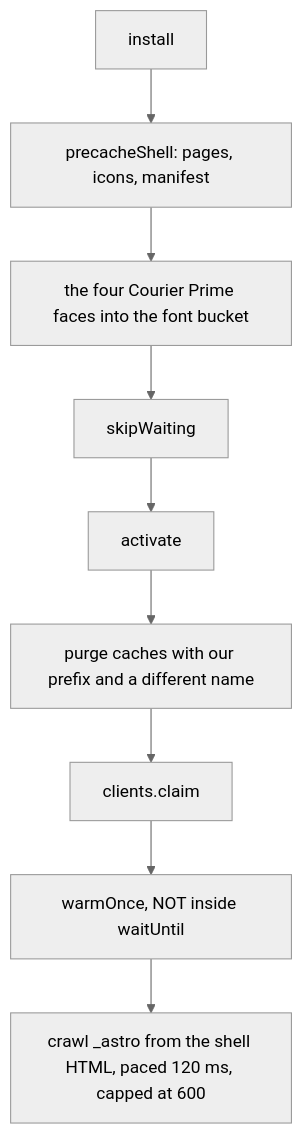
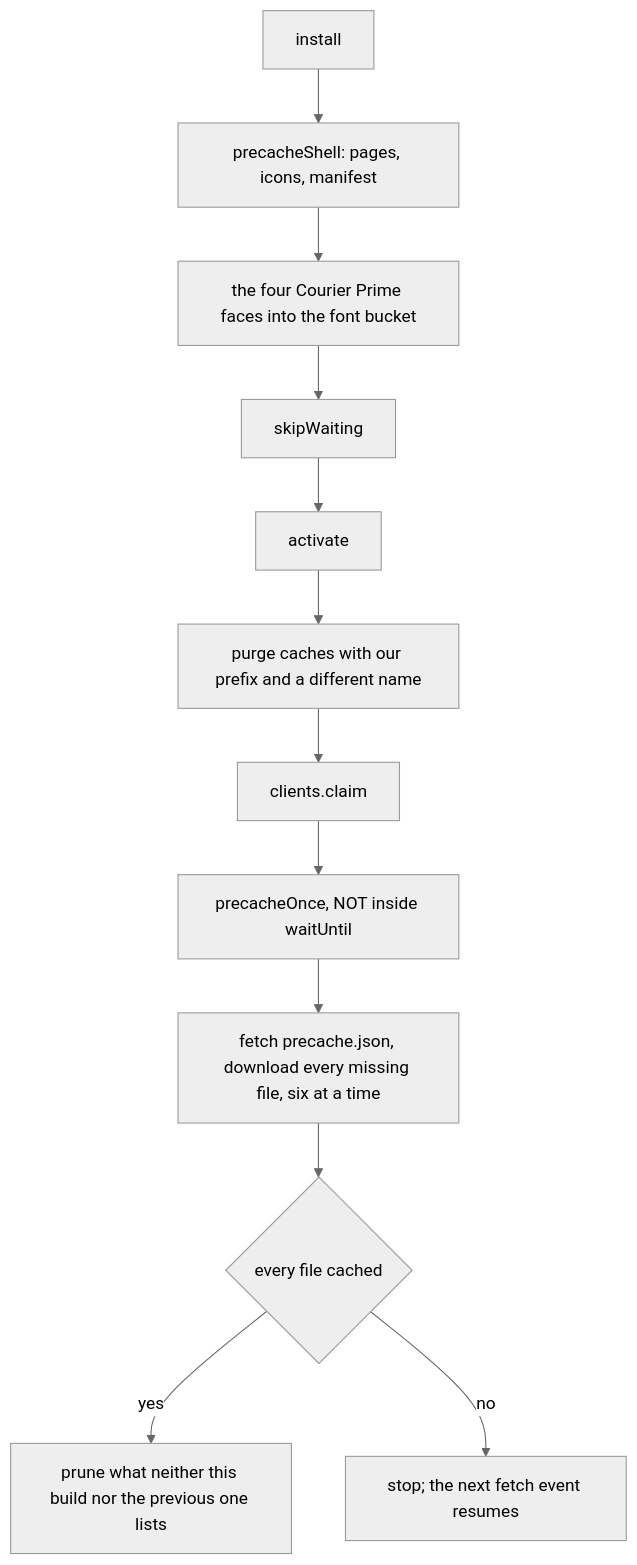
Before and after one commit to Kieran-s-Artisnal-Slop-Factory/notey: the first of 2 diagrams in docs/dev/service-worker-and-offline.md, drawn with Mermaid (neutral theme). The commit also changed other lines of this file and 43 other files, not shown here.

````diff
--- a/docs/dev/service-worker-and-offline.md
+++ b/docs/dev/service-worker-and-offline.md
@@ -37,11 +77,14 @@
 ```mermaid
 flowchart TD
   A[install] --> B[precacheShell: pages, icons, manifest]
   B --> C[the four Courier Prime faces into the font bucket]
   C --> D[skipWaiting]
   D --> E[activate]
   E --> F[purge caches with our prefix and a different name]
   F --> G[clients.claim]
-  G --> H[warmOnce, NOT inside waitUntil]
-  H --> I[crawl _astro from the shell HTML, paced 120 ms, capped at 600]
+  G --> H[precacheOnce, NOT inside waitUntil]
+  H --> I[fetch precache.json, download every missing file, six at a time]
+  I --> J{every file cached}
+  J -->|yes| K[prune what neither this build nor the previous one lists]
+  J -->|no| L[stop; the next fetch event resumes]
 ```
````
